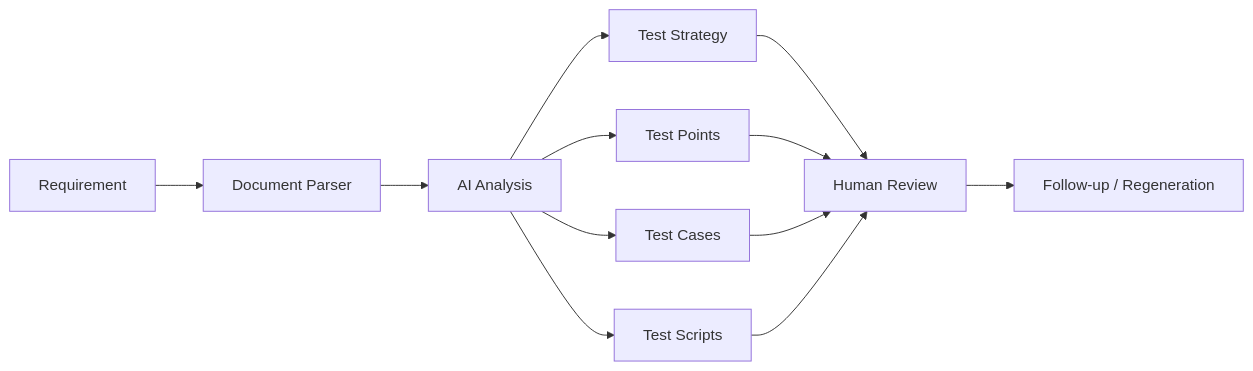
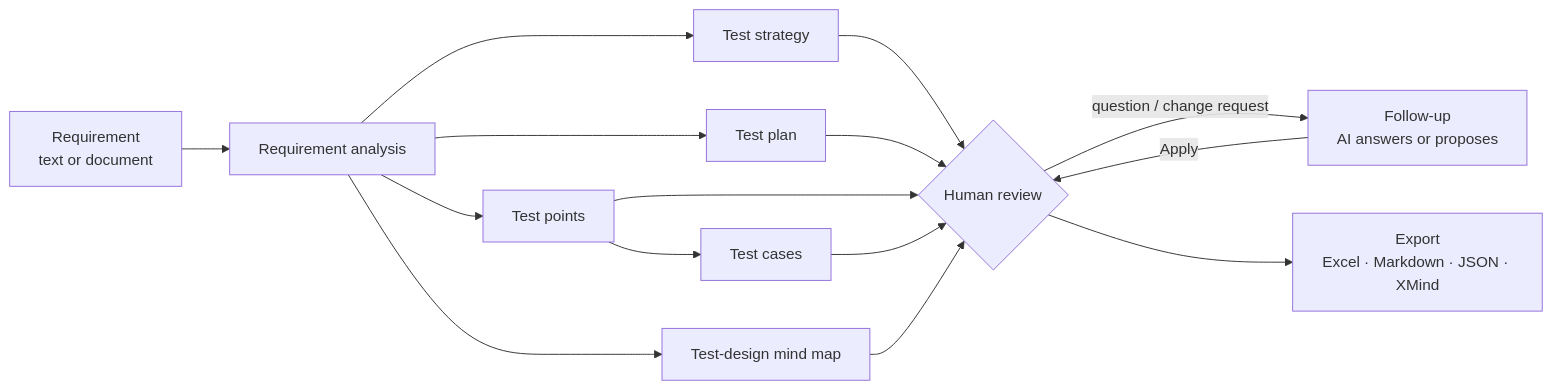
One commit to Dream22180971/TestPilotAgent changed the diagram in README.md. Above: the diagram before and after it, drawn with Mermaid. The commit also changed other lines of this file and 4 other files, not shown here.

````diff
--- a/README.md
+++ b/README.md
@@ -84,14 +109,13 @@
 ```mermaid
 flowchart LR
-    A[Requirement] --> B[Document Parser]
-    B --> C[AI Analysis]
-    C --> D[Test Strategy]
-    C --> E[Test Points]
-    C --> F[Test Cases]
-    C --> G[Test Scripts]
-    D --> H[Human Review]
-    E --> H
-    F --> H
-    G --> H
-    H --> I[Follow-up / Regeneration]
+    R[Requirement<br/>text or document] --> A[Requirement analysis]
+    A --> S[Test strategy]
+    A --> P[Test plan]
+    A --> TP[Test points]
+    TP --> TC[Test cases]
+    A --> TD[Test-design mind map]
+    S & P & TP & TC & TD --> H{Human review}
+    H -->|question / change request| F[Follow-up<br/>AI answers or proposes]
+    F -->|Apply| H
+    H --> E[Export<br/>Excel · Markdown · JSON · XMind]
 ```
````
